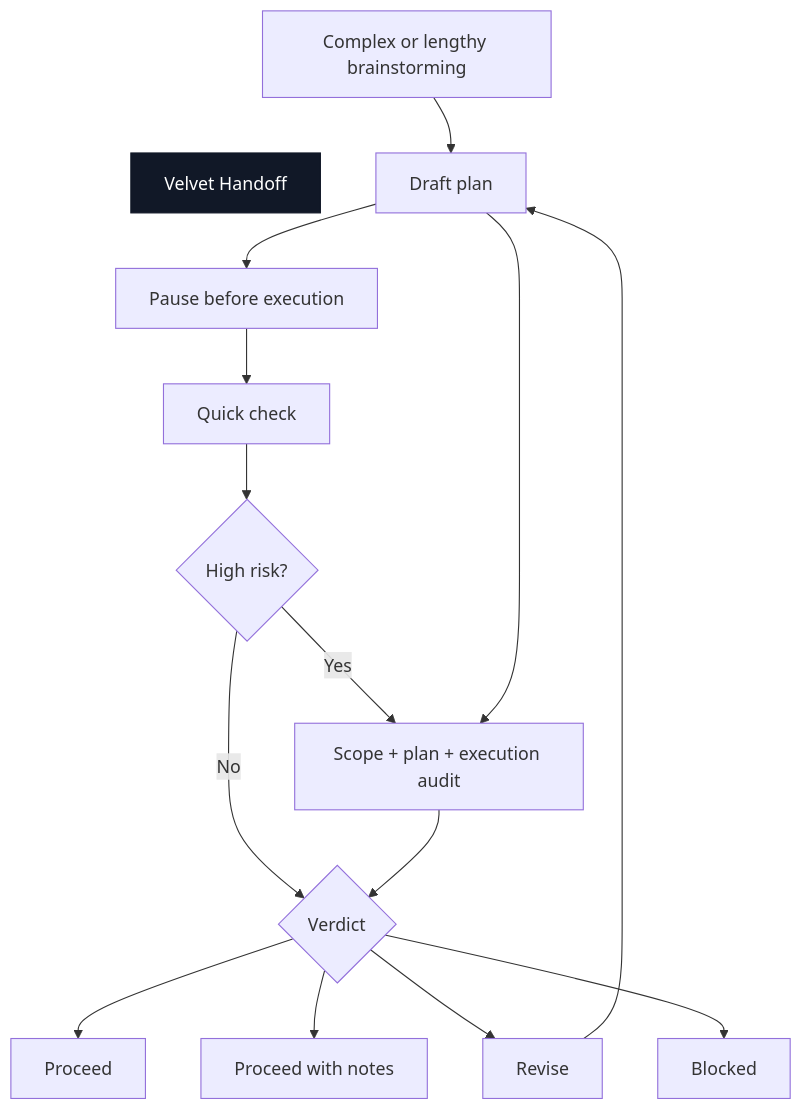
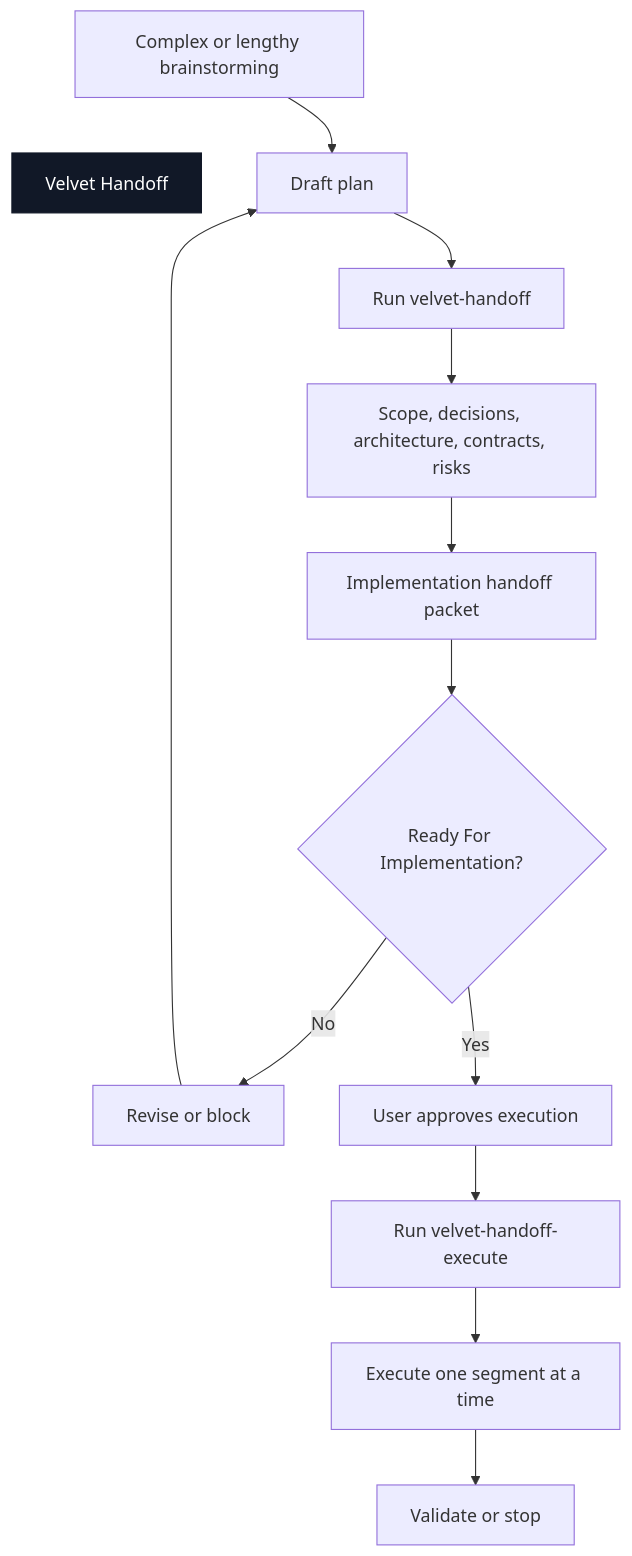
Before and after one commit to emilios-eth/velvet-handoff: the diagram in README.md, drawn with Mermaid. The commit also changed other lines of this file and 5 other files, not shown here.

Commit message:
Add implementation handoff execution flow

````diff
--- a/README.md
+++ b/README.md
@@ -11,18 +11,16 @@
 ```mermaid
 flowchart TD
     A["Complex or lengthy brainstorming"] ~~~ BRAND["Velvet Handoff"]
     A --> B["Draft plan"]
-    B --> C["Pause before execution"]
-    C --> D["Quick check"]
-    D --> E{"High risk?"}
-    E -->|No| H{"Verdict"}
-    E -->|Yes| F["Scope + plan + execution audit"]
-    B --> F
-    F --> H
-    H --> I["Proceed"]
-    H --> L["Proceed with notes"]
-    H --> J["Revise"]
-    H --> K["Blocked"]
-    J --> B
+    B --> C["Run velvet-handoff"]
+    C --> D["Scope, decisions, architecture, contracts, risks"]
+    D --> E["Implementation handoff packet"]
+    E --> F{"Ready For Implementation?"}
+    F -->|No| G["Revise or block"]
+    G --> B
+    F -->|Yes| H["User approves execution"]
+    H --> I["Run velvet-handoff-execute"]
+    I --> J["Execute one segment at a time"]
+    J --> K["Validate or stop"]
     style BRAND fill:#111827,color:#ffffff,stroke:#111827
 ```
````
